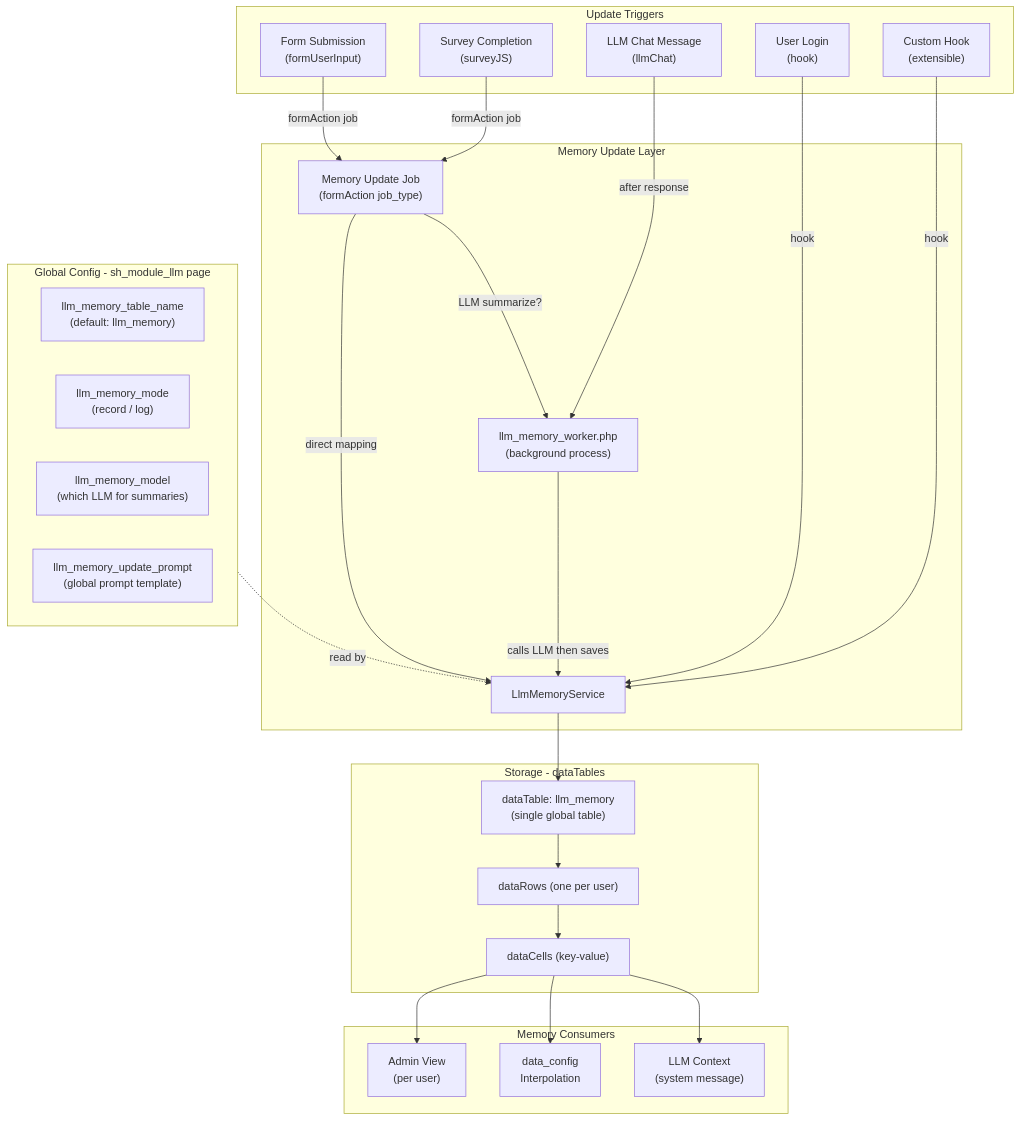
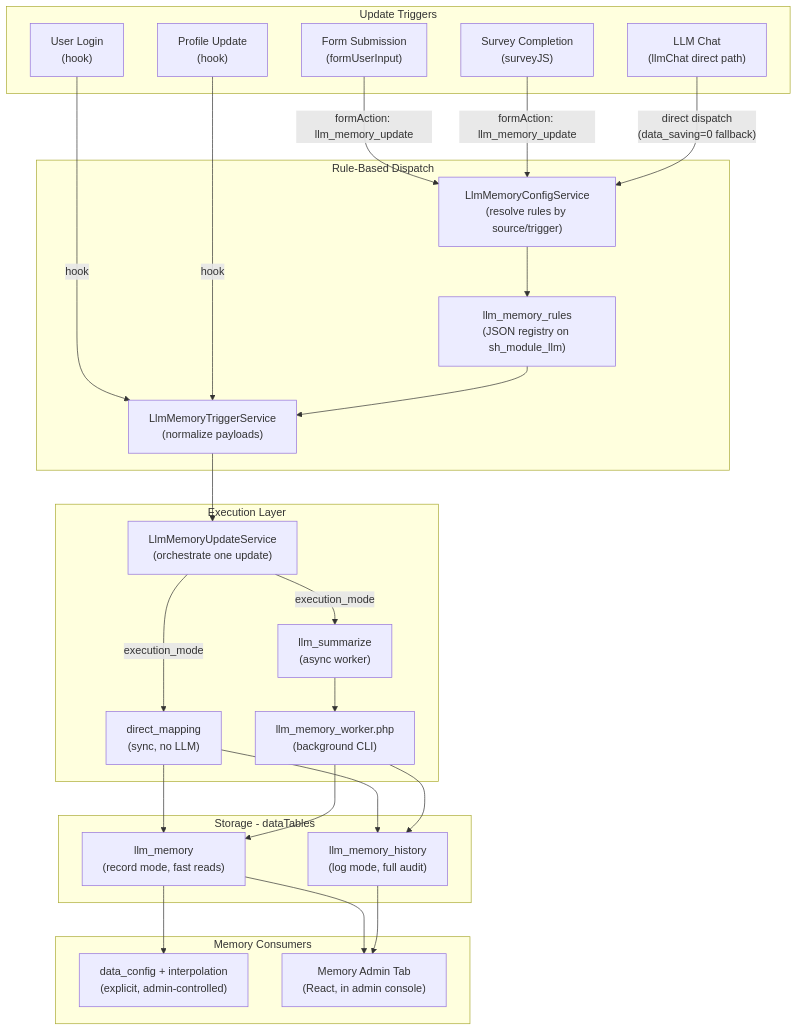
One commit to humdek-unibe-ch/sh-shp-llm changed the diagram in .cursor/plans/llm_user_memory_system_c46a56b5.plan.md. Above: the diagram before and after it, drawn with Mermaid. The commit also changed other lines of this file and 1 other file, not shown here.

Commit message:
iporve th eplan for globall memory implemntation into the system

````diff
--- a/.cursor/plans/llm_user_memory_system_c46a56b5.plan.md
+++ b/.cursor/plans/llm_user_memory_system_c46a56b5.plan.md
@@ -46,53 +66,56 @@
 ```mermaid
 flowchart TD
     subgraph triggers [Update Triggers]
         FormSubmit["Form Submission\n(formUserInput)"]
         SurveySubmit["Survey Completion\n(surveyJS)"]
-        LlmChat["LLM Chat Message\n(llmChat)"]
+        LlmChat["LLM Chat\n(llmChat direct path)"]
         Login["User Login\n(hook)"]
-        Custom["Custom Hook\n(extensible)"]
+        ProfileChange["Profile Update\n(hook)"]
     end
 
-    subgraph memoryLayer [Memory Update Layer]
-        MemService["LlmMemoryService"]
-        MemUpdateJob["Memory Update Job\n(formAction job_type)"]
-        AsyncWorker["llm_memory_worker.php\n(background process)"]
+    subgraph ruleEngine [Rule-Based Dispatch]
+        RuleRegistry["llm_memory_rules\n(JSON registry on sh_module_llm)"]
+        ConfigService["LlmMemoryConfigService\n(resolve rules by source/trigger)"]
+        TriggerService["LlmMemoryTriggerService\n(normalize payloads)"]
     end
 
-    subgraph globalConfig [Global Config - sh_module_llm page]
-        MemTableName["llm_memory_table_name\n(default: llm_memory)"]
-        MemMode["llm_memory_mode\n(record / log)"]
-        MemModel["llm_memory_model\n(which LLM for summaries)"]
-        MemPrompt["llm_memory_update_prompt\n(global prompt template)"]
+    subgraph execution [Execution Layer]
+        UpdateService["LlmMemoryUpdateService\n(orchestrate one update)"]
+        DirectMap["direct_mapping\n(sync, no LLM)"]
+        LlmSummarize["llm_summarize\n(async worker)"]
+        AsyncWorker["llm_memory_worker.php\n(background CLI)"]
     end
 
     subgraph storage [Storage - dataTables]
-        MemTable["dataTable: llm_memory\n(single global table)"]
-        DataRows["dataRows (one per user)"]
-        DataCells["dataCells (key-value)"]
+        CurrentTable["llm_memory\n(record mode, fast reads)"]
+        HistoryTable["llm_memory_history\n(log mode, full audit)"]
     end
 
     subgraph consumers [Memory Consumers]
-        LlmContext["LLM Context\n(system message)"]
-        DataConfigInterp["data_config\nInterpolation"]
-        AdminView["Admin View\n(per user)"]
+        DataConfigInterp["data_config + interpolation\n(explicit, admin-controlled)"]
+        AdminUI["Memory Admin Tab\n(React, in admin console)"]
     end
 
-    FormSubmit -->|"formAction job"| MemUpdateJob
-    SurveySubmit -->|"formAction job"| MemUpdateJob
-    LlmChat -->|"after response"| AsyncWorker
-    Login -->|"hook"| MemService
-    Custom -->|"hook"| MemService
+    FormSubmit -->|"formAction: llm_memory_update"| ConfigService
+    SurveySubmit -->|"formAction: llm_memory_update"| ConfigService
+    LlmChat -->|"direct dispatch\n(data_saving=0 fallback)"| ConfigService
+    Login -->|"hook"| TriggerService
+    ProfileChange -->|"hook"| TriggerService
 
-    MemUpdateJob -->|"LLM summarize?"| AsyncWorker
-    MemUpdateJob -->|"direct mapping"| MemService
-    AsyncWorker -->|"calls LLM then saves"| MemService
-    MemService --> MemTable
-    MemTable --> DataRows --> DataCells
+    ConfigService --> RuleRegistry
+    RuleRegistry --> TriggerService
+    TriggerService --> UpdateService
 
-    globalConfig -.->|"read by"| MemService
+    UpdateService -->|"execution_mode"| DirectMap
+    UpdateService -->|"execution_mode"| LlmSummarize
+    LlmSummarize --> AsyncWorker
 
-    DataCells --> LlmContext
-    DataCells --> DataConfigInterp
-    DataCells --> AdminView
+    DirectMap --> CurrentTable
+    DirectMap --> HistoryTable
+    AsyncWorker --> CurrentTable
+    AsyncWorker --> HistoryTable
+
+    CurrentTable --> DataConfigInterp
+    CurrentTable --> AdminUI
+    HistoryTable --> AdminUI
 ```
````
